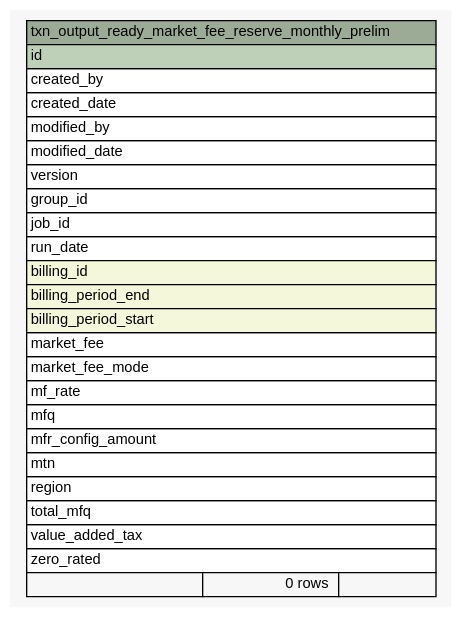
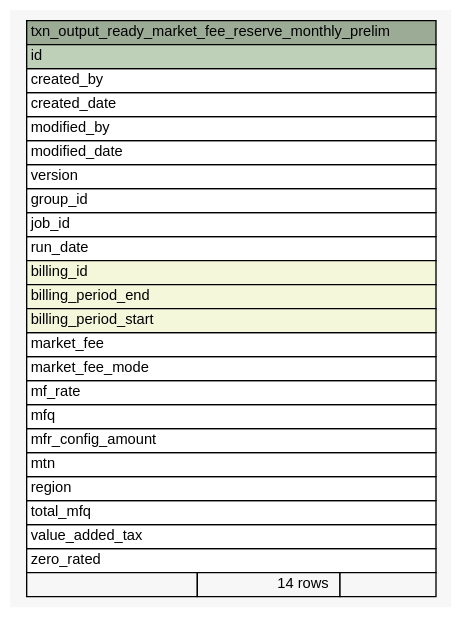
One commit to eyana-m/python-data-dictionary-writer changed the diagram in Data/settlement/diagrams/summary/txn_output_ready_market_fee_reserve_monthly_prelim.1degree.dot. Above: the diagram before and after it, drawn with Graphviz. The commit also changed 715 other files, not shown here.

```diff
--- a/Data/settlement/diagrams/summary/txn_output_ready_market_fee_reserve_monthly_prelim.1degree.dot
+++ b/Data/settlement/diagrams/summary/txn_output_ready_market_fee_reserve_monthly_prelim.1degree.dot
@@ -1,51 +1,51 @@
-// dot 2.36.0 on Mac OS X 10.12.5
+// dot 2.36.0 on Mac OS X 10.12.6
 // SchemaSpy rev 590
 digraph "txn_output_ready_market_fee_reserve_monthly_prelim" {
   graph [
     rankdir="RL"
     bgcolor="#f7f7f7"
     nodesep="0.18"
     ranksep="0.46"
     fontname="Helvetica"
     fontsize="11"
   ];
   node [
     fontname="Helvetica"
     fontsize="11"
     shape="plaintext"
   ];
   edge [
     arrowsize="0.8"
   ];
   "txn_output_ready_market_fee_reserve_monthly_prelim" [
     label=<
     <TABLE BORDER="0" CELLBORDER="1" CELLSPACING="0" BGCOLOR="#ffffff">
       <TR><TD COLSPAN="3" BGCOLOR="#9bab96" ALIGN="CENTER">txn_output_ready_market_fee_reserve_monthly_prelim</TD></TR>
       <TR><TD PORT="id" COLSPAN="3" BGCOLOR="#bed1b8" ALIGN="LEFT">id</TD></TR>
       <TR><TD PORT="created_by" COLSPAN="3" ALIGN="LEFT">created_by</TD></TR>
       <TR><TD PORT="created_date" COLSPAN="3" ALIGN="LEFT">created_date</TD></TR>
       <TR><TD PORT="modified_by" COLSPAN="3" ALIGN="LEFT">modified_by</TD></TR>
       <TR><TD PORT="modified_date" COLSPAN="3" ALIGN="LEFT">modified_date</TD></TR>
       <TR><TD PORT="version" COLSPAN="3" ALIGN="LEFT">version</TD></TR>
       <TR><TD PORT="group_id" COLSPAN="3" ALIGN="LEFT">group_id</TD></TR>
       <TR><TD PORT="job_id" COLSPAN="3" ALIGN="LEFT">job_id</TD></TR>
       <TR><TD PORT="run_date" COLSPAN="3" ALIGN="LEFT">run_date</TD></TR>
       <TR><TD PORT="billing_id" COLSPAN="3" BGCOLOR="#f4f7da" ALIGN="LEFT">billing_id</TD></TR>
       <TR><TD PORT="billing_period_end" COLSPAN="3" BGCOLOR="#f4f7da" ALIGN="LEFT">billing_period_end</TD></TR>
       <TR><TD PORT="billing_period_start" COLSPAN="3" BGCOLOR="#f4f7da" ALIGN="LEFT">billing_period_start</TD></TR>
       <TR><TD PORT="market_fee" COLSPAN="3" ALIGN="LEFT">market_fee</TD></TR>
       <TR><TD PORT="market_fee_mode" COLSPAN="3" ALIGN="LEFT">market_fee_mode</TD></TR>
       <TR><TD PORT="mf_rate" COLSPAN="3" ALIGN="LEFT">mf_rate</TD></TR>
       <TR><TD PORT="mfq" COLSPAN="3" ALIGN="LEFT">mfq</TD></TR>
       <TR><TD PORT="mfr_config_amount" COLSPAN="3" ALIGN="LEFT">mfr_config_amount</TD></TR>
       <TR><TD PORT="mtn" COLSPAN="3" ALIGN="LEFT">mtn</TD></TR>
       <TR><TD PORT="region" COLSPAN="3" ALIGN="LEFT">region</TD></TR>
       <TR><TD PORT="total_mfq" COLSPAN="3" ALIGN="LEFT">total_mfq</TD></TR>
       <TR><TD PORT="value_added_tax" COLSPAN="3" ALIGN="LEFT">value_added_tax</TD></TR>
       <TR><TD PORT="zero_rated" COLSPAN="3" ALIGN="LEFT">zero_rated</TD></TR>
-      <TR><TD ALIGN="LEFT" BGCOLOR="#f7f7f7">  </TD><TD ALIGN="RIGHT" BGCOLOR="#f7f7f7">0 rows</TD><TD ALIGN="RIGHT" BGCOLOR="#f7f7f7">  </TD></TR>
+      <TR><TD ALIGN="LEFT" BGCOLOR="#f7f7f7">  </TD><TD ALIGN="RIGHT" BGCOLOR="#f7f7f7">14 rows</TD><TD ALIGN="RIGHT" BGCOLOR="#f7f7f7">  </TD></TR>
     </TABLE>>
     URL="tables/txn_output_ready_market_fee_reserve_monthly_prelim.html"
     tooltip="txn_output_ready_market_fee_reserve_monthly_prelim"
   ];
 }
```
